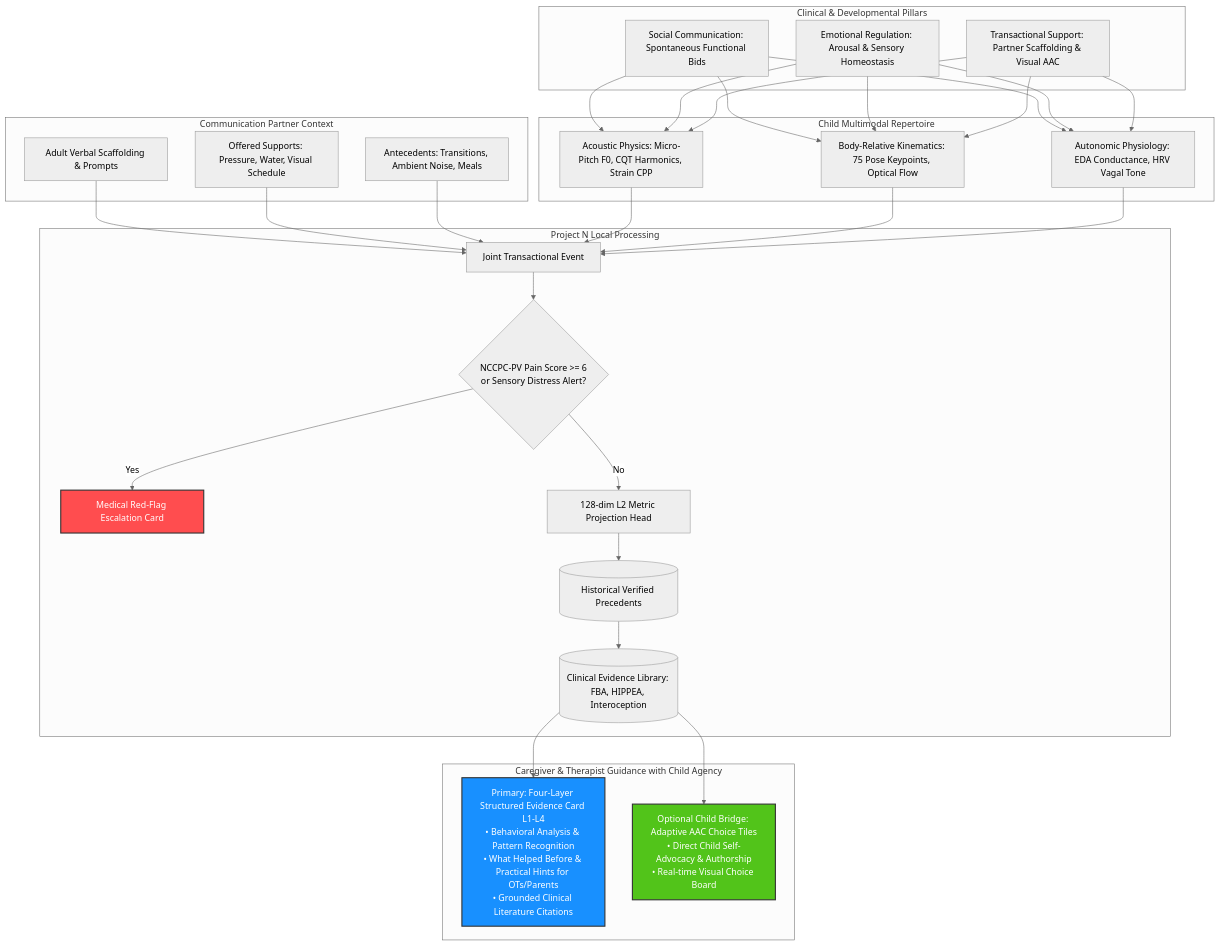
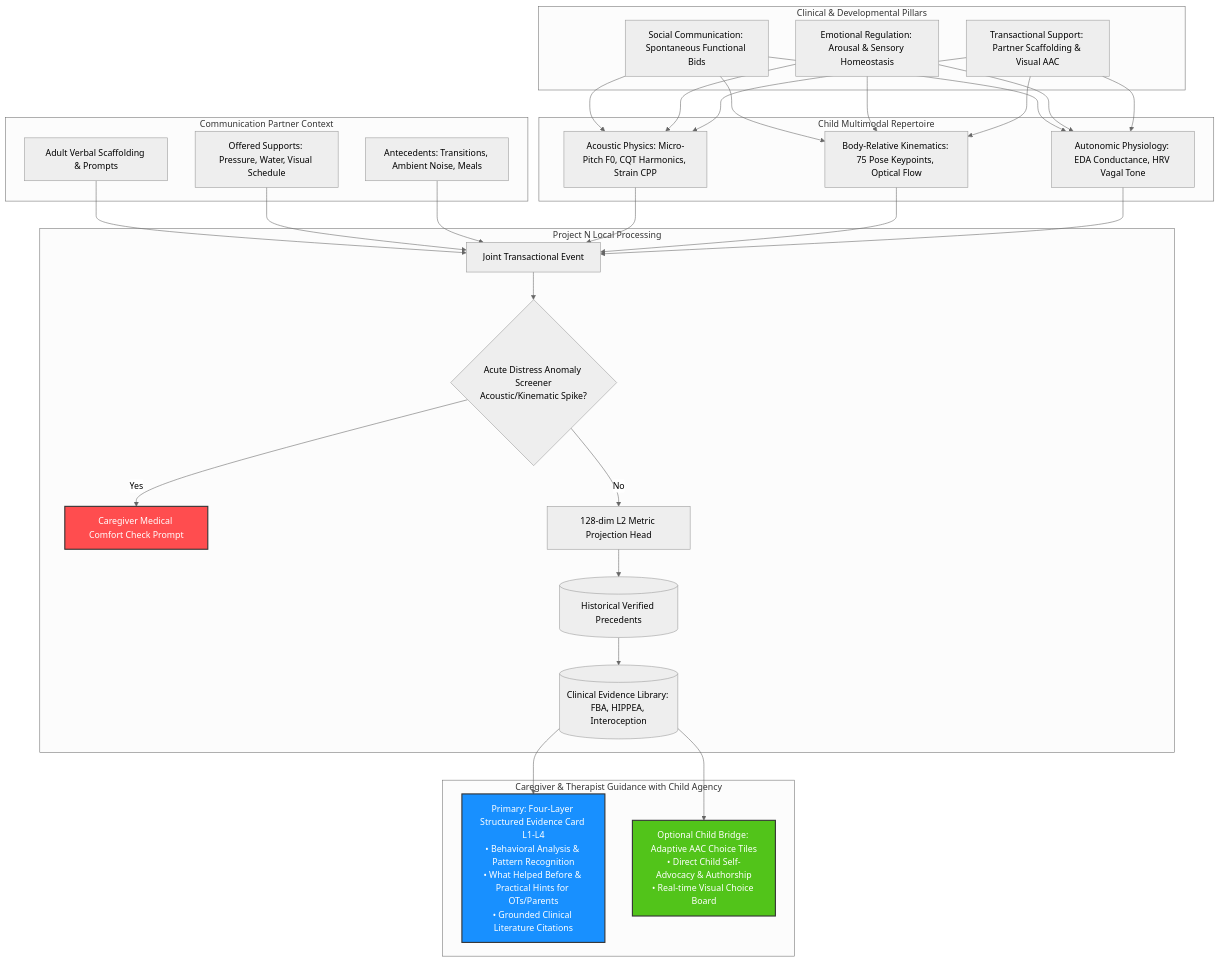
The second of 4 diagrams in docs/WHITE_PAPER.md (olostan/project_n), drawn with Mermaid (neutral theme) before and after one commit. The commit also changed other lines of this file and 9 other files, not shown here.

````diff
--- a/docs/WHITE_PAPER.md
+++ b/docs/WHITE_PAPER.md
@@ -61,41 +61,41 @@
 ```mermaid
 graph TD
     subgraph SCERTS Foundation [Clinical & Developmental Pillars]
         SC[Social Communication: Spontaneous Functional Bids]
         ER[Emotional Regulation: Arousal & Sensory Homeostasis]
         TS[Transactional Support: Partner Scaffolding & Visual AAC]
     end
 
     subgraph Sensory Observables [Child Multimodal Repertoire]
         Acoustic[Acoustic Physics: Micro-Pitch F0, CQT Harmonics, Strain CPP]
         Kinematic[Body-Relative Kinematics: 75 Pose Keypoints, Optical Flow]
         Physio[Autonomic Physiology: EDA Conductance, HRV Vagal Tone]
     end
 
     subgraph Partner Dynamics [Communication Partner Context]
         AdultWords[Adult Verbal Scaffolding & Prompts]
         AdultActions[Offered Supports: Pressure, Water, Visual Schedule]
         Environment[Antecedents: Transitions, Ambient Noise, Meals]
     end
 
     SC & ER & TS --> Acoustic & Kinematic & Physio
     AdultWords & AdultActions & Environment --> JointEvent[Joint Transactional Event]
     Acoustic & Kinematic & Physio --> JointEvent
 
     subgraph Analytical Core [Project N Local Processing]
-        JointEvent --> SafetyGate{NCCPC-PV Pain Score >= 6<br/>or Sensory Distress Alert?}
-        SafetyGate -->|Yes| MedicalCard[Medical Red-Flag Escalation Card]
+        JointEvent --> SafetyGate{Acute Distress Anomaly Screener<br/>Acoustic/Kinematic Spike?}
+        SafetyGate -->|Yes| MedicalCard[Caregiver Medical Comfort Check Prompt]
         SafetyGate -->|No| MetricHead[128-dim L2 Metric Projection Head]
         MetricHead --> EpisodicMemory[(Historical Verified Precedents)]
         EpisodicMemory --> RAG[(Clinical Evidence Library: FBA, HIPPEA, Interoception)]
     end
 
     subgraph Empowerment [Caregiver & Therapist Guidance with Child Agency]
         RAG --> CaregiverCard[Primary: Four-Layer Structured Evidence Card L1-L4<br/>• Behavioral Analysis & Pattern Recognition<br/>• What Helped Before & Practical Hints for OTs/Parents<br/>• Grounded Clinical Literature Citations]
         RAG --> AACBridge[Optional Child Bridge: Adaptive AAC Choice Tiles<br/>• Direct Child Self-Advocacy & Authorship<br/>• Real-time Visual Choice Board]
     end
 
     style MedicalCard fill:#ff4d4f,color:#fff,stroke:#333,stroke-width:2px
     style AACBridge fill:#52c41a,color:#fff,stroke:#333,stroke-width:2px
     style CaregiverCard fill:#1890ff,color:#fff,stroke:#333,stroke-width:2px
 ```
````
